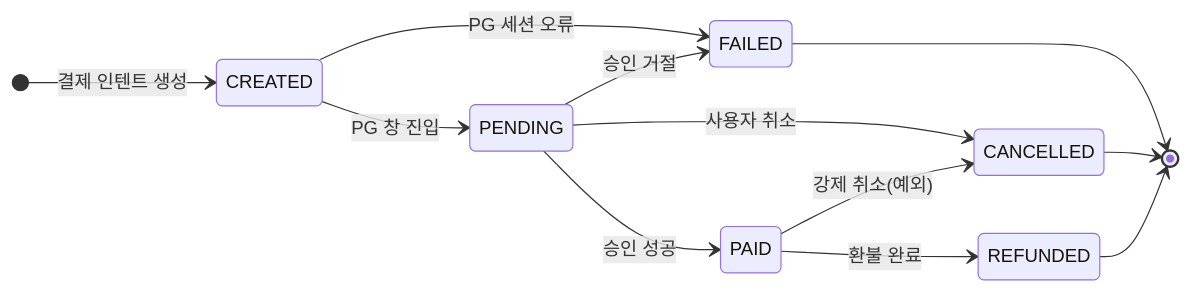
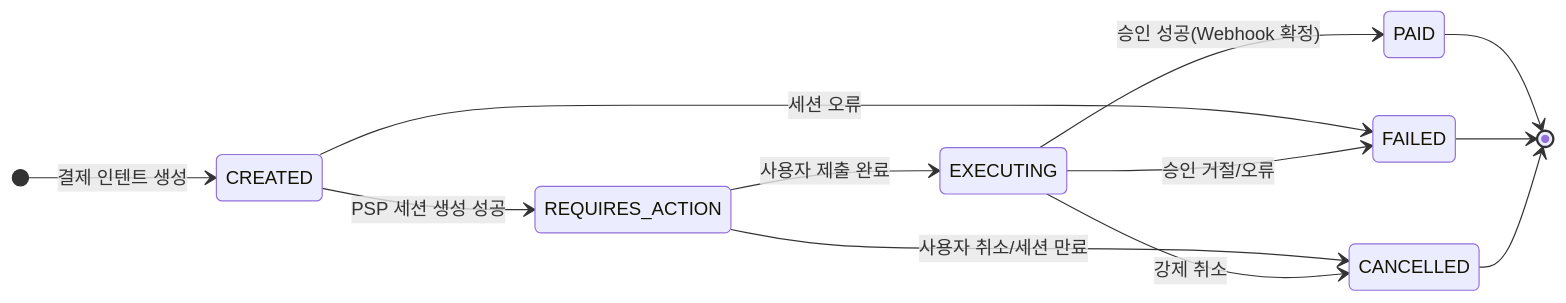
The first of 2 diagrams in docs/payment_status.md (BISohn27/care-bridge), drawn with Mermaid before and after one commit. The commit also changed other lines of this file, not shown here.

Commit message:
docs: 결제 상태 정의 및 상태 전이 다이어그램 업데이트

````diff
--- a/docs/payment_status.md
+++ b/docs/payment_status.md
@@ -47,19 +57,19 @@
 ```mermaid
 stateDiagram-v2
     direction LR
 
     [*] --> CREATED: 결제 인텐트 생성
-    CREATED --> PENDING: PG 창 진입
-    CREATED --> FAILED: PG 세션 오류
+    CREATED --> REQUIRES_ACTION: PSP 세션 생성 성공
+    CREATED --> FAILED: 세션 오류
 
-    PENDING --> PAID: 승인 성공
-    PENDING --> FAILED: 승인 거절
-    PENDING --> CANCELLED: 사용자 취소
+    REQUIRES_ACTION --> EXECUTING: 사용자 제출 완료
+    REQUIRES_ACTION --> CANCELLED: 사용자 취소/세션 만료
 
-    PAID --> REFUNDED: 환불 완료
-    PAID --> CANCELLED: 강제 취소(예외)
+    EXECUTING --> PAID: 승인 성공(Webhook 확정)
+    EXECUTING --> FAILED: 승인 거절/오류
+    EXECUTING --> CANCELLED: 강제 취소
 
+    PAID --> [*]
     FAILED --> [*]
     CANCELLED --> [*]
-    REFUNDED --> [*]
 ```
````
